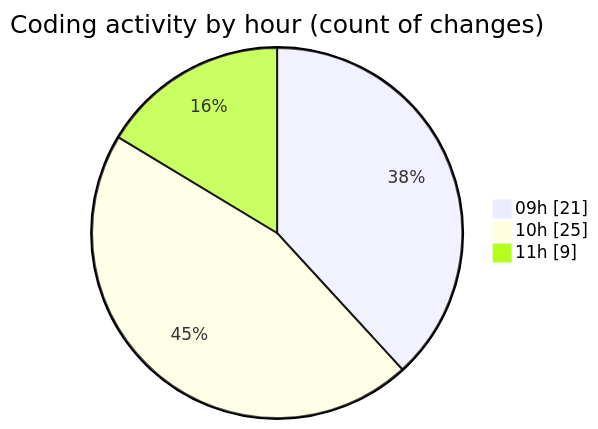
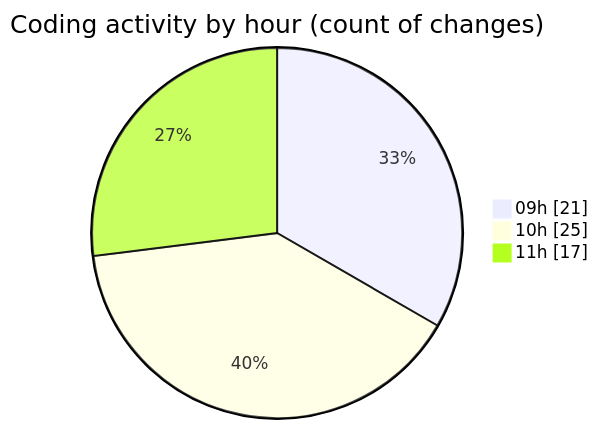
Before and after one commit to momahboobian/code-tracking: the second of 2 diagrams in 2025-12-01/cda/README.md, drawn with Mermaid. The commit also changed other lines of this file and 1 other file, not shown here.

````diff
--- a/2025-12-01/cda/README.md
+++ b/2025-12-01/cda/README.md
@@ -45,7 +45,7 @@
 ```mermaid
 pie showData
 title Coding activity by hour (count of changes)
 "09h" : 21
 "10h" : 25
-"11h" : 9
+"11h" : 17
 ```
````
